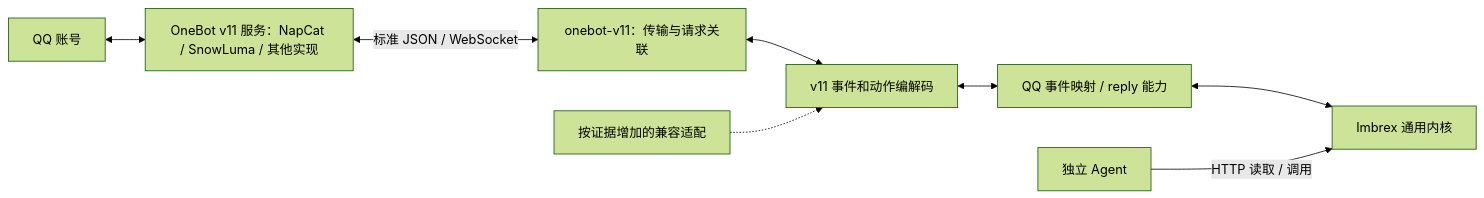
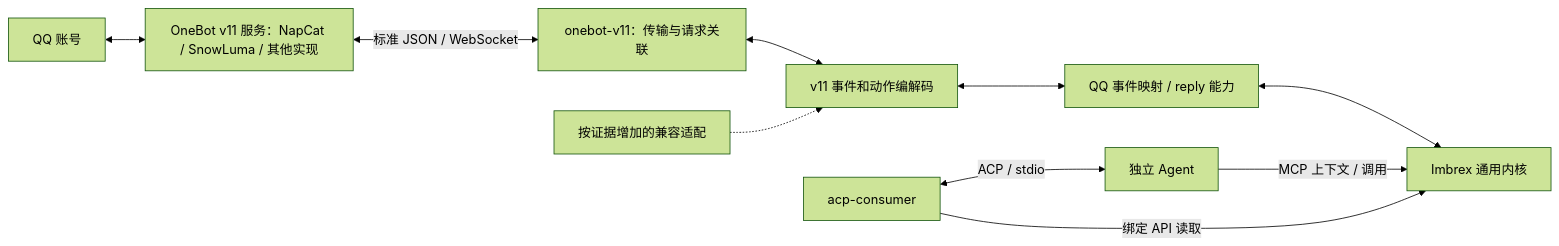
One commit to ycychome/Imbrex changed the diagram in docs/onebot-and-agent.md. Above: the diagram before and after it, drawn with Mermaid (forest theme). The commit also changed other lines of this file and 16 other files, not shown here.

Commit message:
docs: align M1 goals with MCP and ACP integration (#7)

````diff
--- a/docs/onebot-and-agent.md
+++ b/docs/onebot-and-agent.md
@@ -24,10 +25,12 @@
 ```mermaid
 flowchart LR
     Q["QQ 账号"] <--> S["OneBot v11 服务：NapCat / SnowLuma / 其他实现"]
     S <-->|标准 JSON / WebSocket| T["onebot-v11：传输与请求关联"]
     T <--> V["v11 事件和动作编解码"]
     V <--> M["QQ 事件映射 / reply 能力"]
     C["按证据增加的兼容适配"] -.-> V
     M <--> K["Imbrex 通用内核"]
-    A["独立 Agent"] -->|HTTP 读取 / 调用| K
+    A["独立 Agent"] -->|MCP 上下文 / 调用| K
+    U["acp-consumer"] -->|绑定 API 读取| K
+    U <-->|ACP / stdio| A
 ```
````
